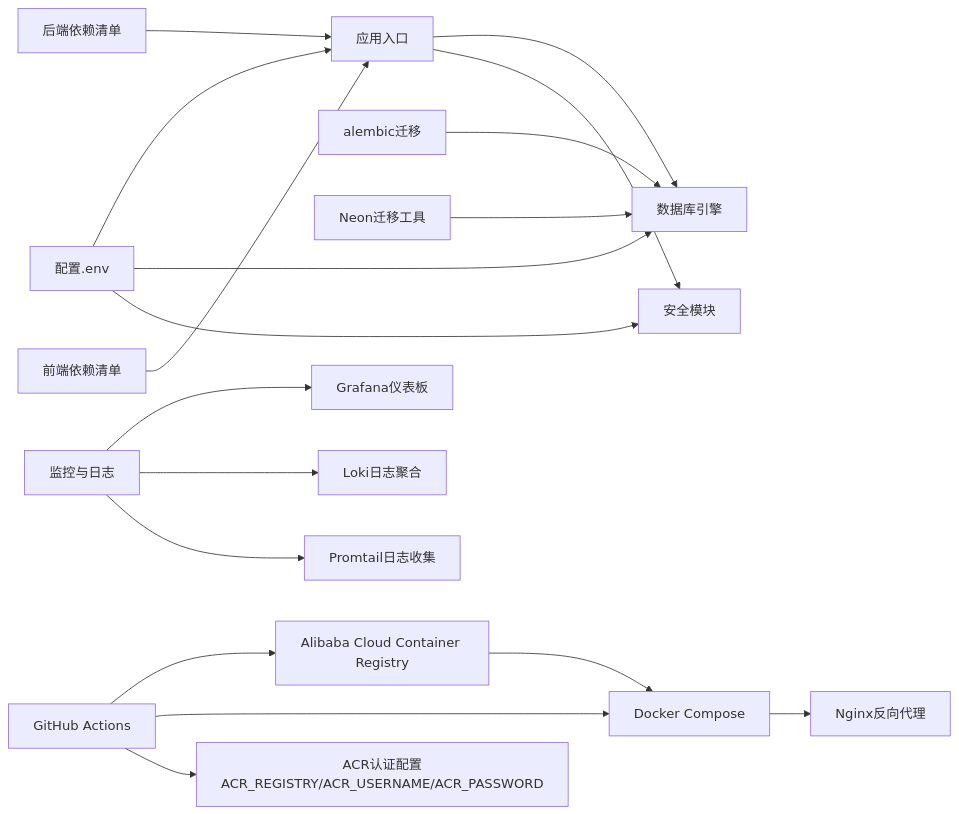
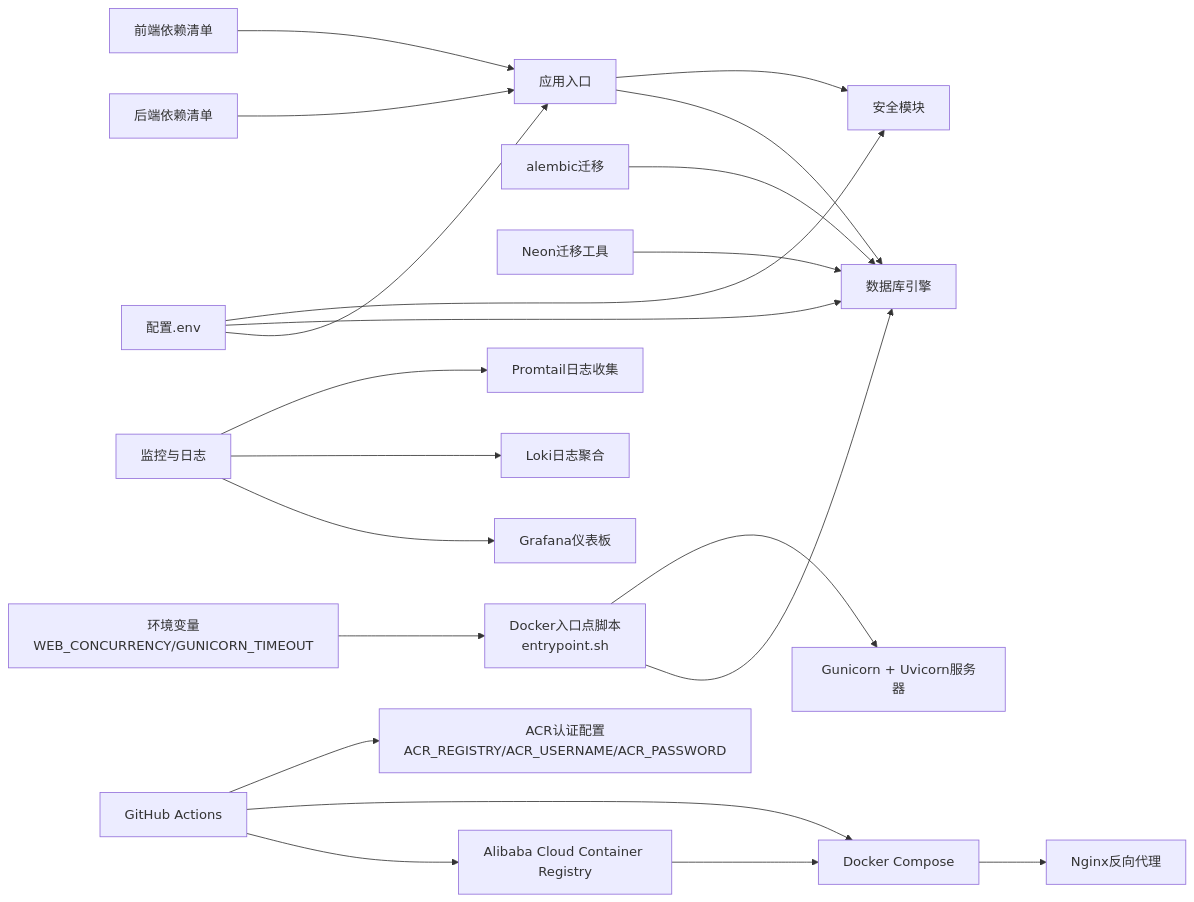
One commit to breeze-lyf/ai-stock-advisor changed the third of 3 diagrams in .qoder/repowiki/zh/content/部署与运维/部署与运维.md. Above: the diagram before and after it, drawn with Mermaid. The commit also changed other lines of this file and 7 other files, not shown here.

````diff
--- a/.qoder/repowiki/zh/content/部署与运维/部署与运维.md
+++ b/.qoder/repowiki/zh/content/部署与运维/部署与运维.md
@@ -473,20 +505,23 @@
 ```mermaid
 graph LR
 CFG["配置.env"] --> MAIN["应用入口"]
 CFG --> DB["数据库引擎"]
 CFG --> SEC["安全模块"]
 MAIN --> DB
 MAIN --> SEC
 REQ["后端依赖清单"] --> MAIN
 PKG["前端依赖清单"] --> MAIN
 ALEMBIC["alembic迁移"] --> DB
 NEONMIG["Neon迁移工具"] --> DB
 ACR["Alibaba Cloud Container Registry"] --> DCP["Docker Compose"]
 GHA["GitHub Actions"] --> ACR
 GHA --> DCP
 GHA --> ACR_AUTH["ACR认证配置<br/>ACR_REGISTRY/ACR_USERNAME/ACR_PASSWORD"]
 DCP --> NGINX["Nginx反向代理"]
 MON["监控与日志"] --> GRAFANA["Grafana仪表板"]
 MON --> LOKI["Loki日志聚合"]
 MON --> PROMTAIL["Promtail日志收集"]
+EP["Docker入口点脚本<br/>entrypoint.sh"] --> DB
+EP --> GUNICORN["Gunicorn + Uvicorn服务器"]
+ENV["环境变量<br/>WEB_CONCURRENCY/GUNICORN_TIMEOUT"] --> EP
 ```
````
